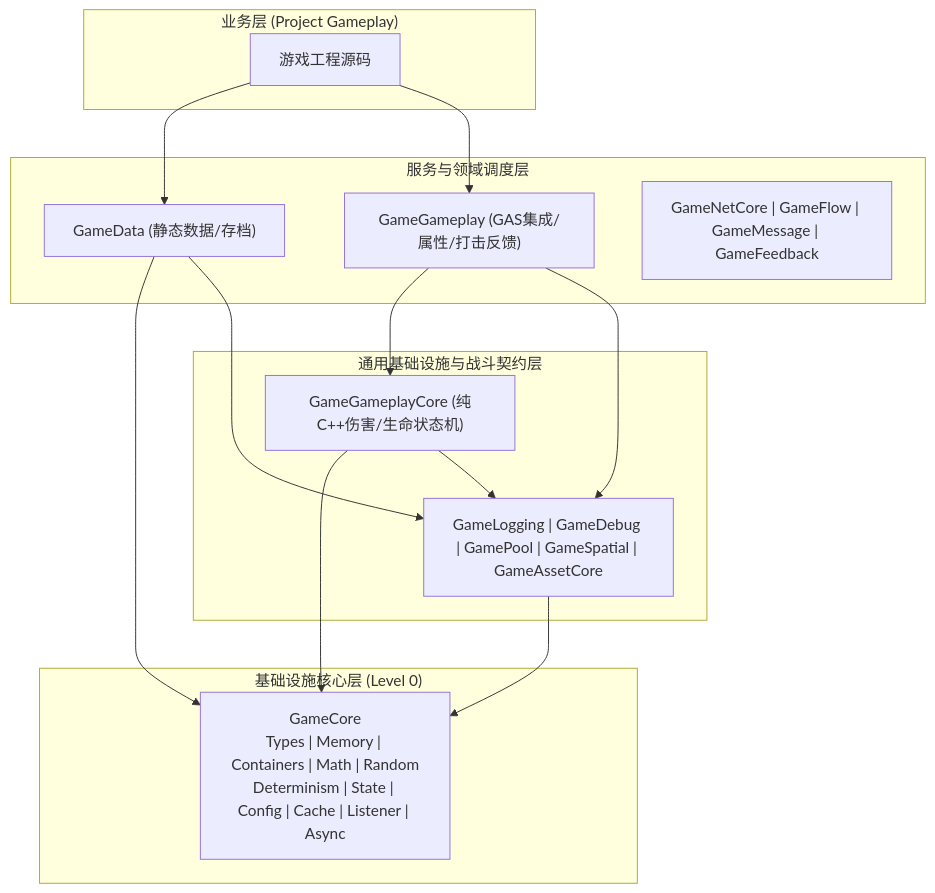
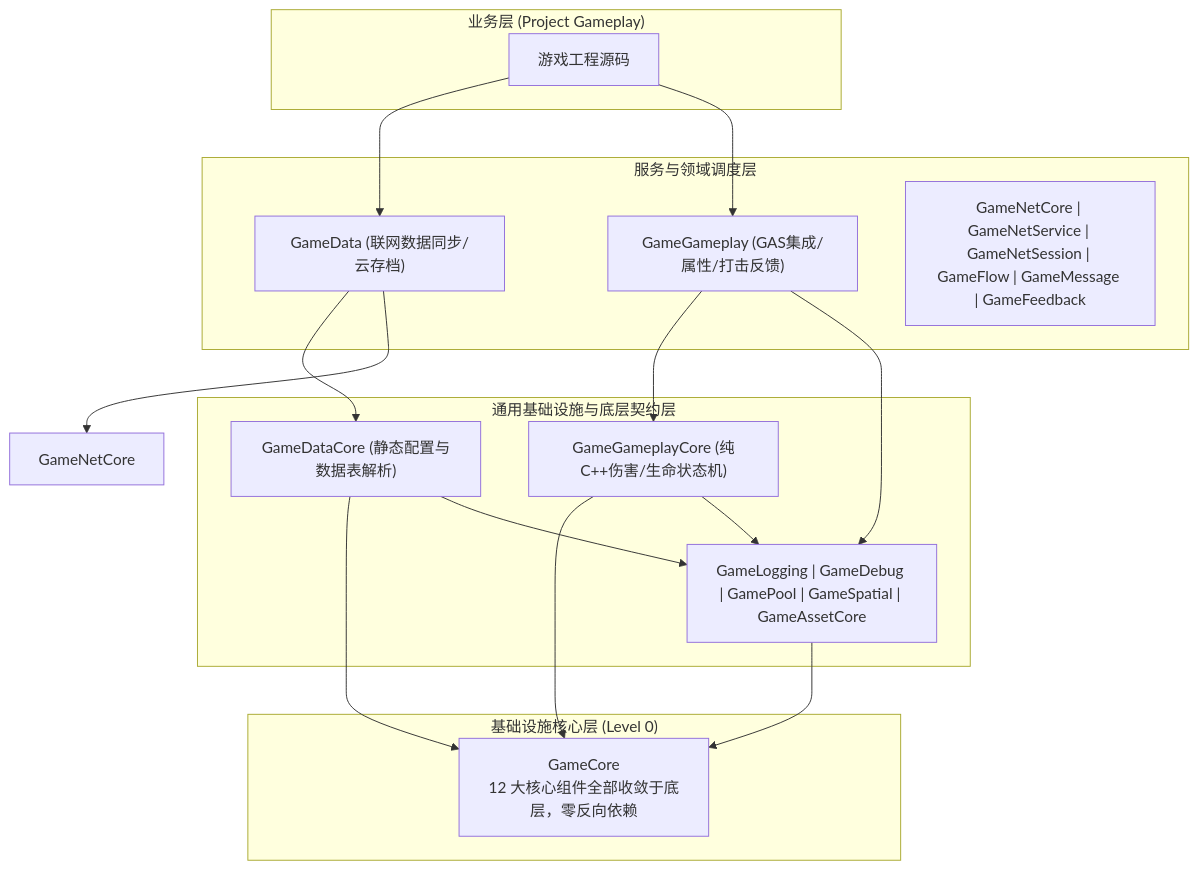
Before and after one commit to YIice-cwj/ue5-toolkit: the second of 2 diagrams in Plugins/GameCore/Docs/Architecture/Overview.md, drawn with Mermaid. The commit also changed other lines of this file and 122 other files, not shown here.

First line of the commit message:
feat(GameCore): 演进基础设施体系至 v3.0.0 并补强异步协程与核心工具矩阵

````diff
--- a/Plugins/GameCore/Docs/Architecture/Overview.md
+++ b/Plugins/GameCore/Docs/Architecture/Overview.md
@@ -35,31 +60,34 @@
 ```mermaid
 graph TD
     subgraph Layer3["业务层 (Project Gameplay)"]
         GameProject["游戏工程源码"]
     end
 
     subgraph Layer2["服务与领域调度层"]
-        GameData["GameData (静态数据/存档)"]
         GameGameplay["GameGameplay (GAS集成/属性/打击反馈)"]
-        GameDomain["GameNetCore | GameFlow | GameMessage | GameFeedback"]
+        GameData["GameData (联网数据同步/云存档)"]
+        GameDomain["GameNetCore | GameNetService | GameNetSession | GameFlow | GameMessage | GameFeedback"]
     end
 
-    subgraph Layer1["通用基础设施与战斗契约层"]
+    subgraph Layer1["通用基础设施与底层契约层"]
         GameGameplayCore["GameGameplayCore (纯C++伤害/生命状态机)"]
+        GameDataCore["GameDataCore (静态配置与数据表解析)"]
         GameLogging["GameLogging | GameDebug | GamePool | GameSpatial | GameAssetCore"]
     end
 
     subgraph Layer0["基础设施核心层 (Level 0)"]
-        GameCore["GameCore<br>Types | Memory | Containers | Math | Random<br>Determinism | State | Config | Cache | Listener | Async"]
+        GameCore["GameCore<br>12 大核心组件全部收敛于底层，零反向依赖"]
     end
 
     GameProject --> GameData
     GameProject --> GameGameplay
     GameGameplay --> GameGameplayCore
     GameGameplay --> GameLogging
     GameGameplayCore --> GameCore
     GameGameplayCore --> GameLogging
-    GameData --> GameCore
-    GameData --> GameLogging
+    GameData --> GameDataCore
+    GameData --> GameNetCore
+    GameDataCore --> GameCore
+    GameDataCore --> GameLogging
     GameLogging --> GameCore
 ```
````
